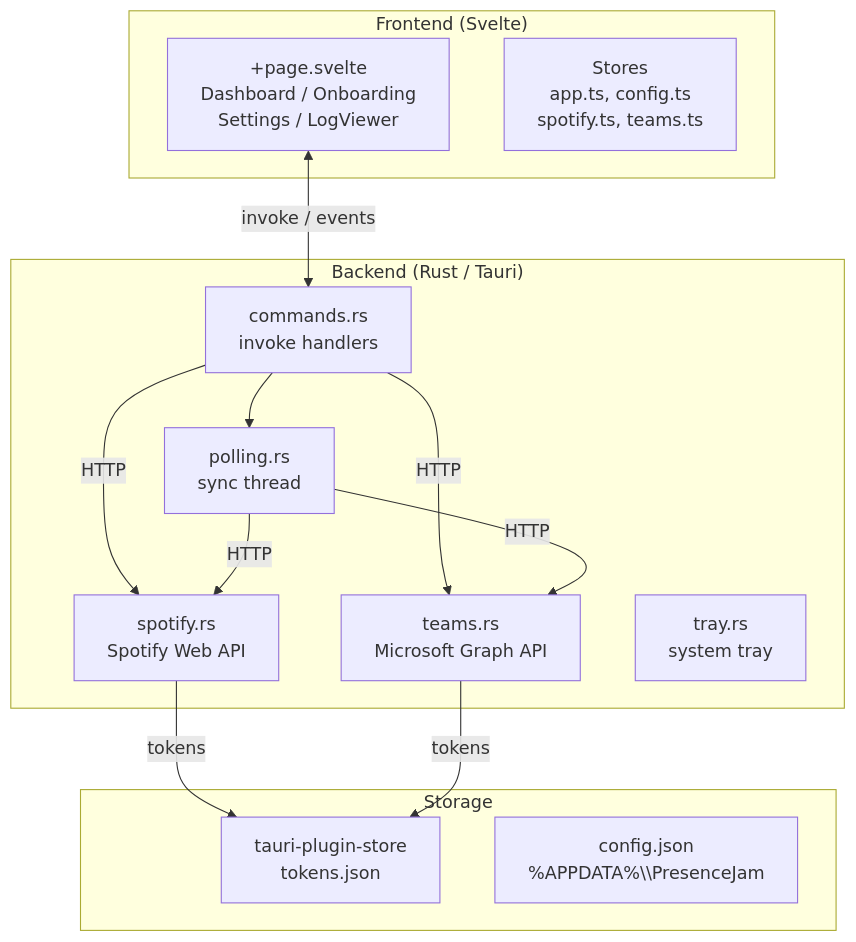
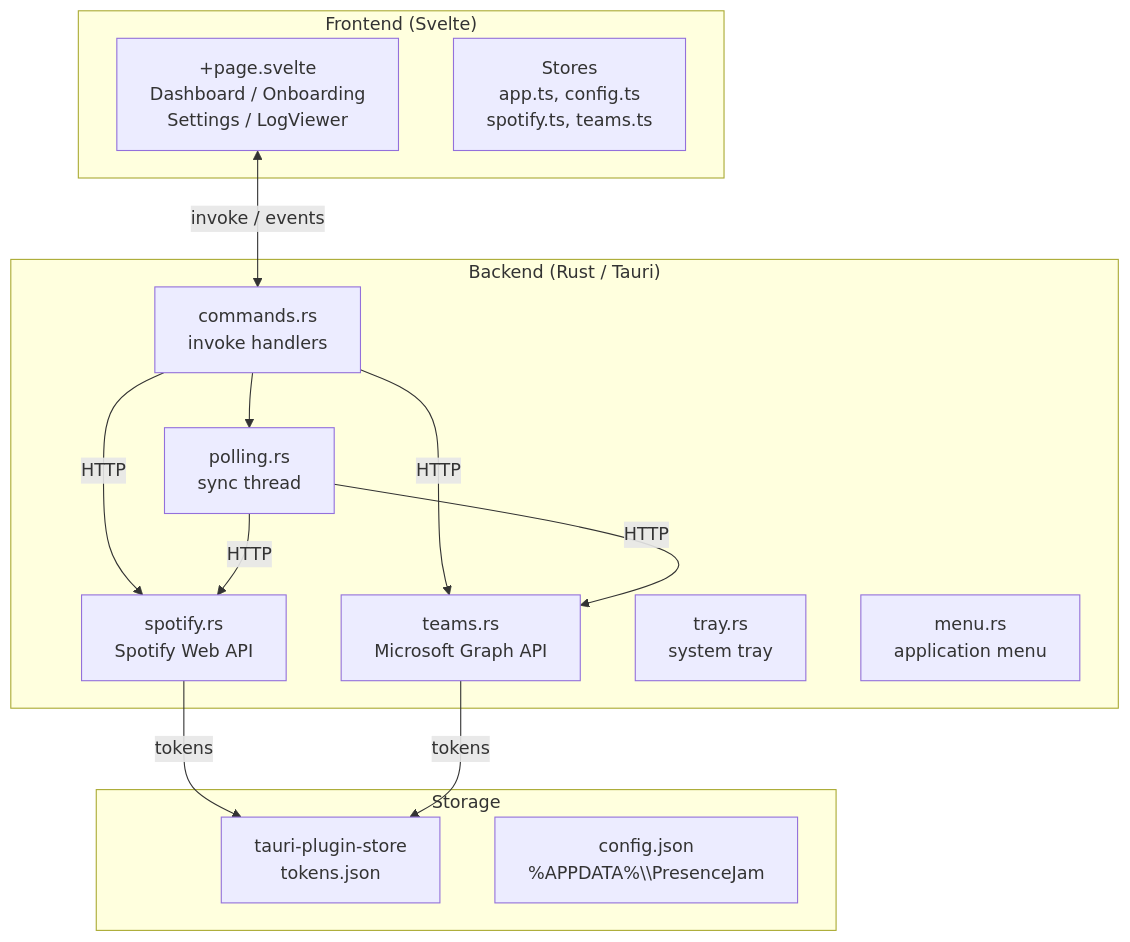
Before and after one commit to Carme99/PresenceJam-Desktop: the first of 8 diagrams in ARCHITECTURE.md, drawn with Mermaid. The commit also changed other lines of this file and 11 other files, not shown here.

First line of the commit message:
feat: add application menu bar and dynamic tray menu

````diff
--- a/ARCHITECTURE.md
+++ b/ARCHITECTURE.md
@@ -17,29 +17,30 @@
 ```mermaid
 graph TD
     subgraph Frontend ["Frontend (Svelte)"]
         UI["+page.svelte<br/>Dashboard / Onboarding<br/>Settings / LogViewer"]
         Stores["Stores<br/>app.ts, config.ts<br/>spotify.ts, teams.ts"]
     end
 
     subgraph Backend ["Backend (Rust / Tauri)"]
         Commands["commands.rs<br/>invoke handlers"]
         Polling["polling.rs<br/>sync thread"]
         SpotifyAPI["spotify.rs<br/>Spotify Web API"]
         TeamsAPI["teams.rs<br/>Microsoft Graph API"]
         Tray["tray.rs<br/>system tray"]
+        Menu["menu.rs<br/>application menu"]
     end
 
     subgraph Storage ["Storage"]
         TokenStore["tauri-plugin-store<br/>tokens.json"]
         Config["config.json<br/>%APPDATA%\\PresenceJam"]
     end
 
     UI <-->|"invoke / events"| Commands
     Commands -->|"HTTP"| SpotifyAPI
     Commands -->|"HTTP"| TeamsAPI
     Polling -->|"HTTP"| SpotifyAPI
     Polling -->|"HTTP"| TeamsAPI
     Commands --> Polling
     SpotifyAPI -->|"tokens"| TokenStore
     TeamsAPI -->|"tokens"| TokenStore
 ```
````
